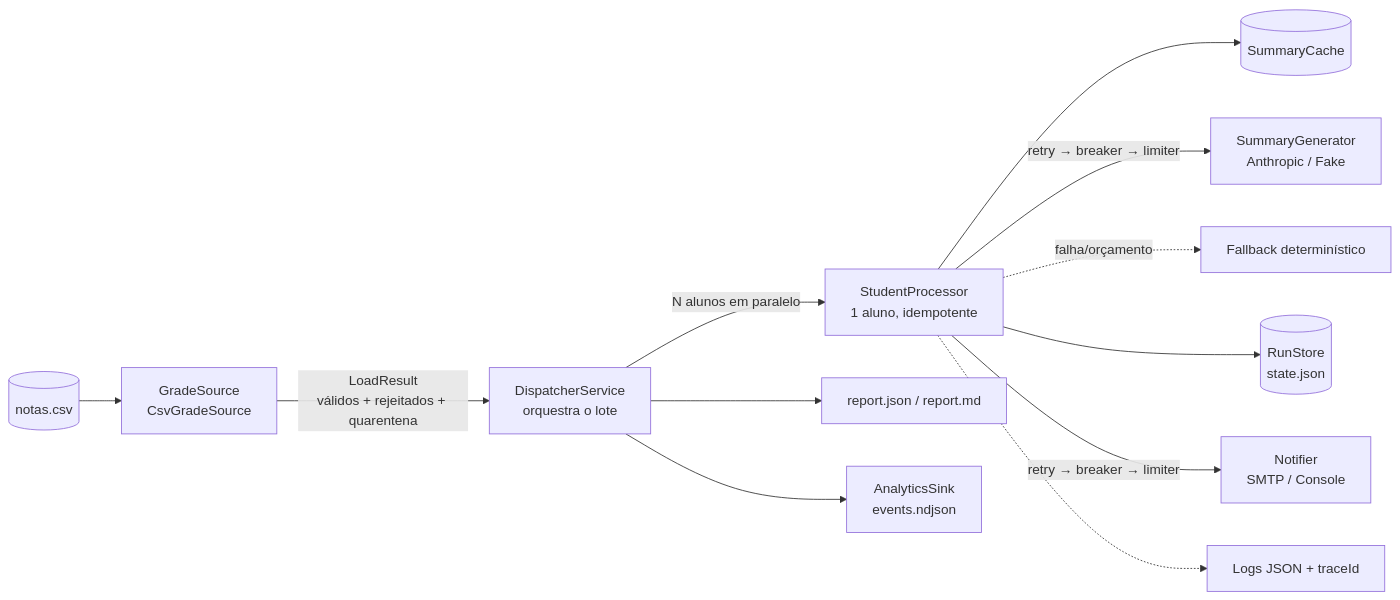
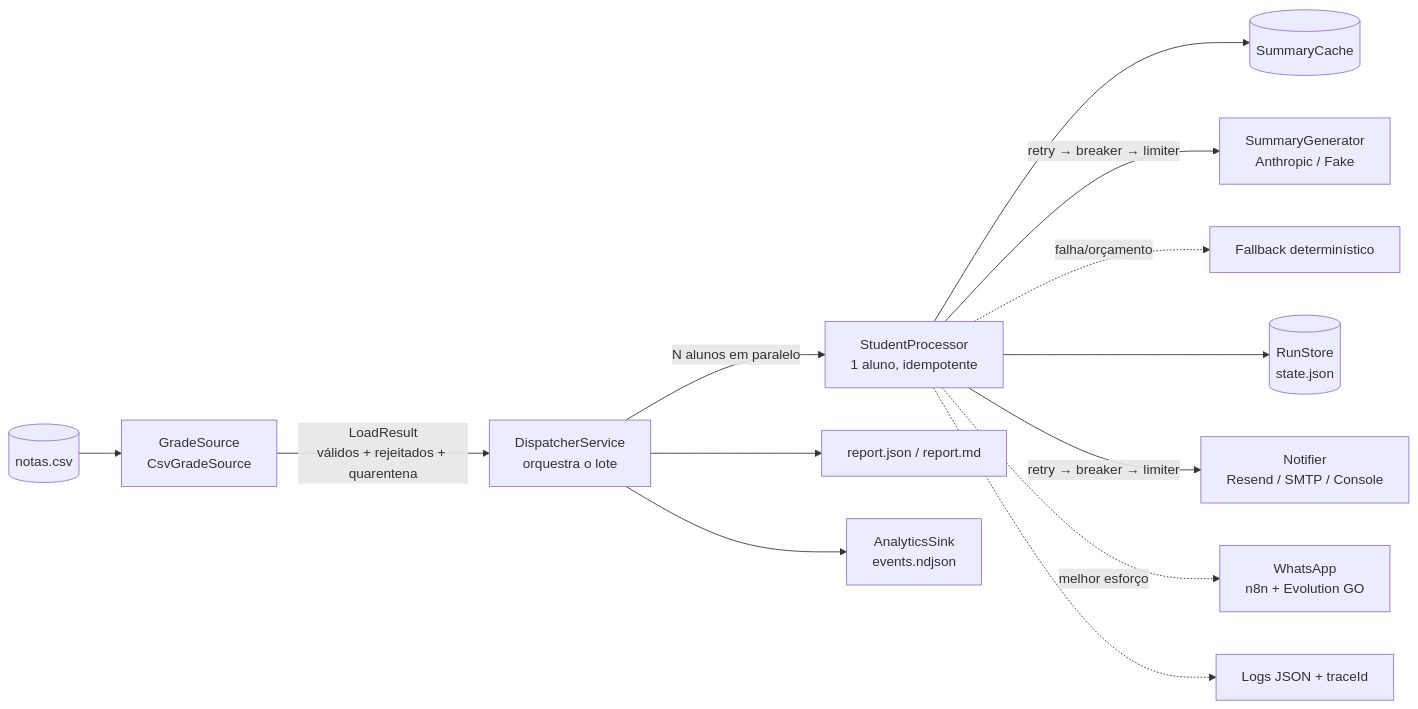
Before and after one commit to alexandredevelop2015-create/celco-grade-report-dispatcher: the first of 3 diagrams in docs/ARCHITECTURE.md, drawn with Mermaid. The commit also changed 6 other files, not shown here.

````diff
--- a/docs/ARCHITECTURE.md
+++ b/docs/ARCHITECTURE.md
@@ -7,16 +7,17 @@
 ```mermaid
 flowchart LR
     CSV[(notas.csv)] --> SRC[GradeSource<br/>CsvGradeSource]
     SRC -->|LoadResult<br/>válidos + rejeitados + quarentena| DISP[DispatcherService<br/>orquestra o lote]
     DISP -->|N alunos em paralelo| PROC[StudentProcessor<br/>1 aluno, idempotente]
 
     PROC --> CACHE[(SummaryCache)]
     PROC -->|retry → breaker → limiter| LLM[SummaryGenerator<br/>Anthropic / Fake]
     PROC -.->|falha/orçamento| FB[Fallback determinístico]
     PROC --> STORE[(RunStore<br/>state.json)]
-    PROC -->|retry → breaker → limiter| MAIL[Notifier<br/>SMTP / Console]
+    PROC -->|retry → breaker → limiter| MAIL[Notifier<br/>Resend / SMTP / Console]
+    PROC -.->|melhor esforço| WA[WhatsApp<br/>n8n + Evolution GO]
 
     DISP --> REP[report.json / report.md]
     DISP --> AN[AnalyticsSink<br/>events.ndjson]
     PROC -.-> LOG[Logs JSON + traceId]
 ```
````
